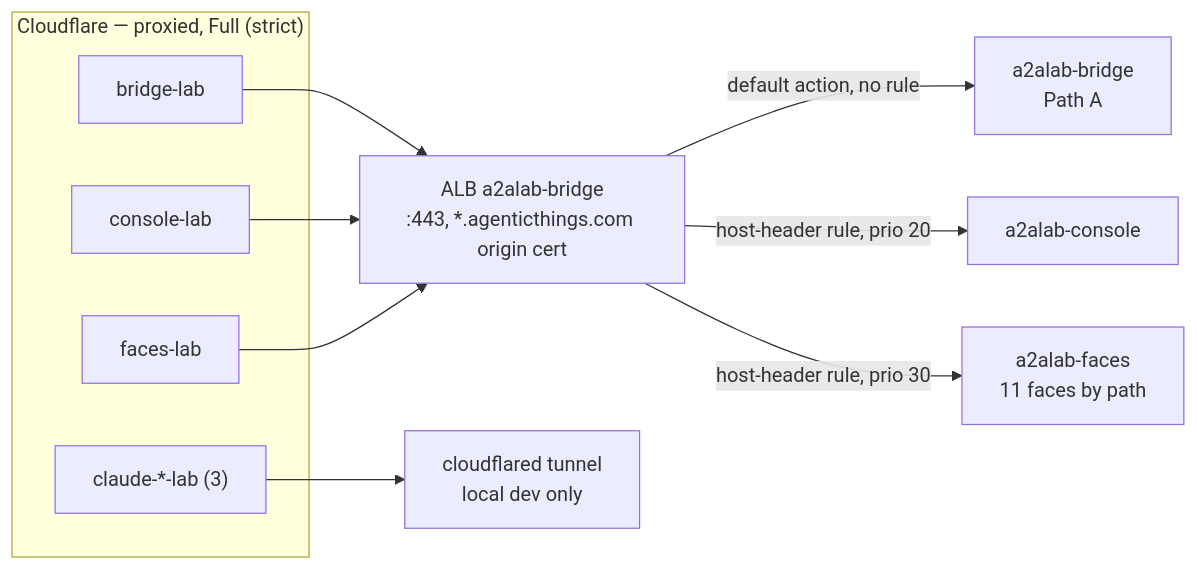
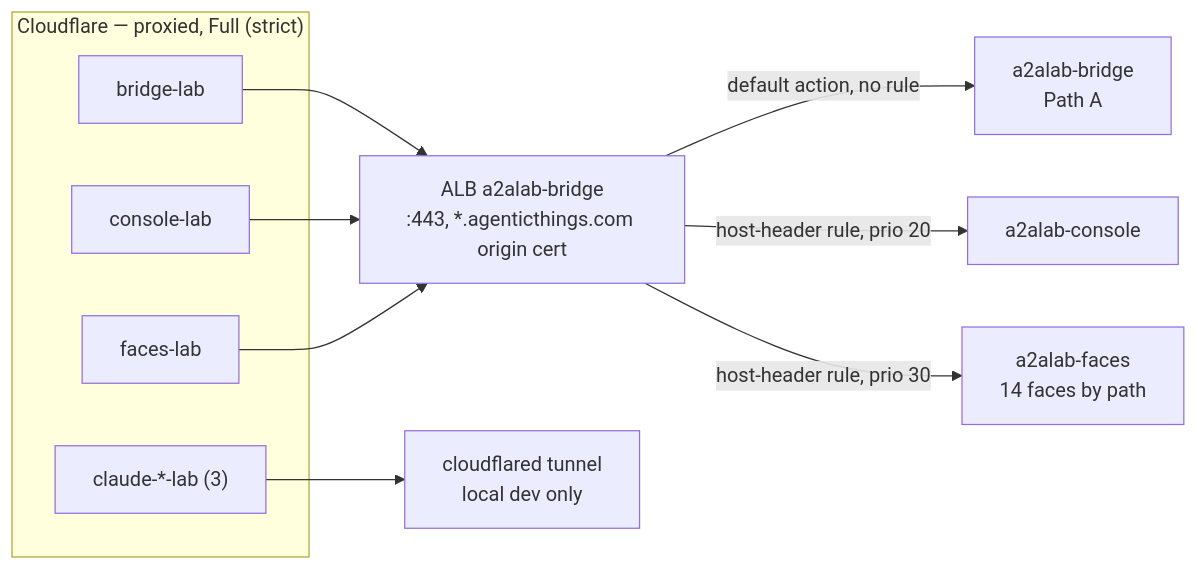
Before and after one commit to congmingwudi/a2a-lab: the eighth of 11 diagrams in plan/09-deployment-map.md, drawn with Mermaid. The commit also changed other lines of this file and 48 other files, not shown here.

````diff
--- a/plan/09-deployment-map.md
+++ b/plan/09-deployment-map.md
@@ -654,21 +753,21 @@
 ```mermaid
 flowchart LR
   subgraph CF["Cloudflare — proxied, Full (strict)"]
     H1["bridge-lab"]
     H2["console-lab"]
     H3["faces-lab"]
     H4["claude-*-lab (3)"]
   end
 
   ALB["ALB a2alab-bridge<br/>:443, *.agenticthings.com origin cert"]
   TUN["cloudflared tunnel<br/>local dev only"]
 
   H1 --> ALB
   H2 --> ALB
   H3 --> ALB
   H4 --> TUN
 
   ALB -->|"default action, no rule"| BR["a2alab-bridge<br/>Path A"]
   ALB -->|"host-header rule, prio 20"| CON["a2alab-console"]
-  ALB -->|"host-header rule, prio 30"| FAC["a2alab-faces<br/>11 faces by path"]
+  ALB -->|"host-header rule, prio 30"| FAC["a2alab-faces<br/>14 faces by path"]
 ```
````
